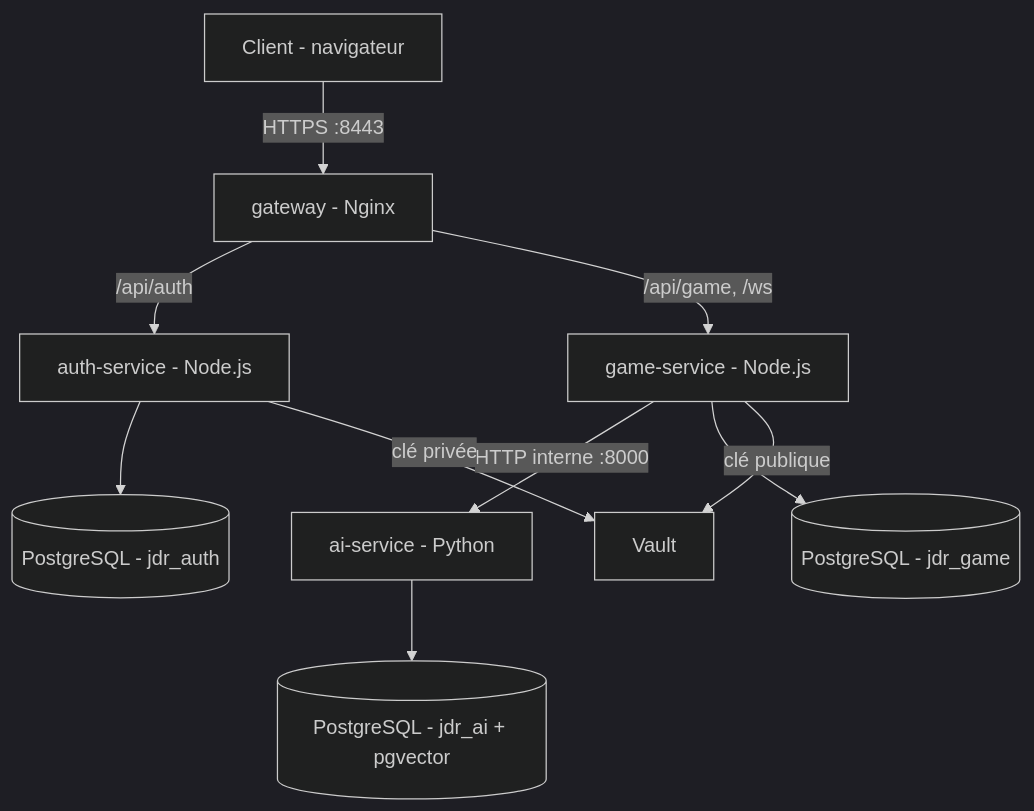
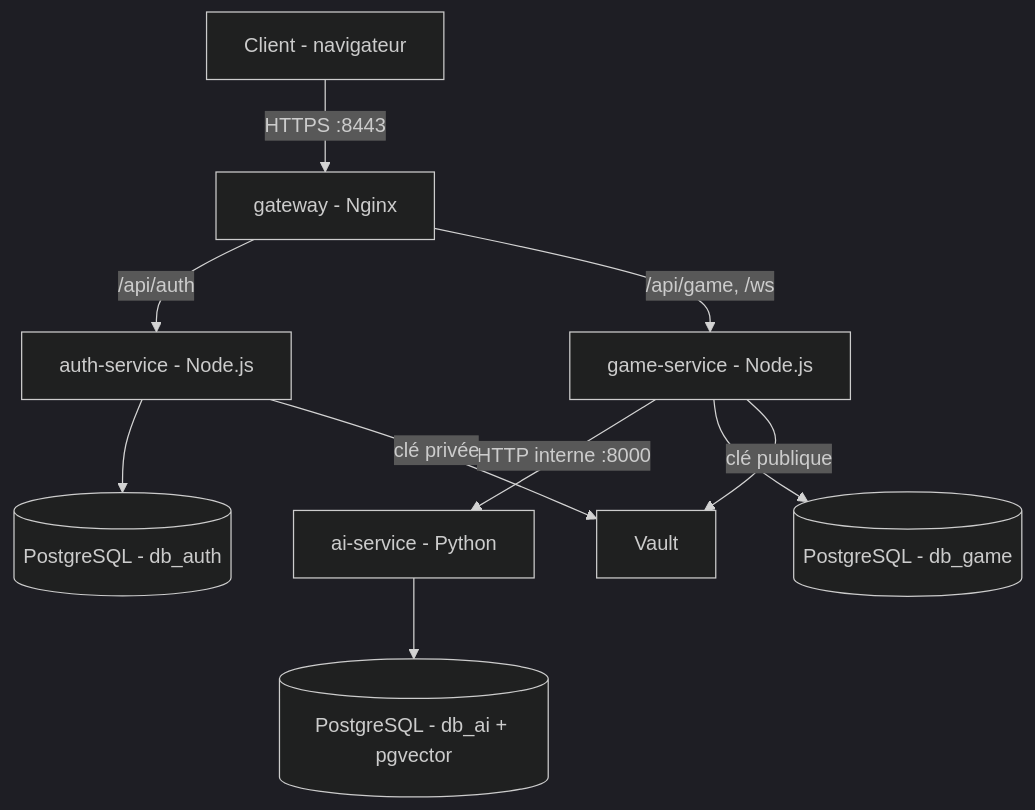
One commit to nawtam/ft_transcendence changed the diagram in 1-Doc_modules/devops/Microservices.md. Above: the diagram before and after it, drawn with Mermaid (dark theme). The commit also changed 4 other files, not shown here.

````diff
--- a/1-Doc_modules/devops/Microservices.md
+++ b/1-Doc_modules/devops/Microservices.md
@@ -46,12 +46,12 @@
 ```mermaid
 graph TD
     Client[Client - navigateur] -->|HTTPS :8443| Gateway[gateway - Nginx]
     Gateway -->|/api/auth| Auth[auth-service - Node.js]
     Gateway -->|/api/game, /ws| Game[game-service - Node.js]
     Game -->|HTTP interne :8000| AI[ai-service - Python]
-    Auth --> DBAuth[(PostgreSQL - jdr_auth)]
-    Game --> DBGame[(PostgreSQL - jdr_game)]
-    AI --> DBAI[(PostgreSQL - jdr_ai + pgvector)]
+    Auth --> DBAuth[(PostgreSQL - db_auth)]
+    Game --> DBGame[(PostgreSQL - db_game)]
+    AI --> DBAI[(PostgreSQL - db_ai + pgvector)]
     Auth -->|clé privée| Vault[Vault]
     Game -->|clé publique| Vault
 ```
````
